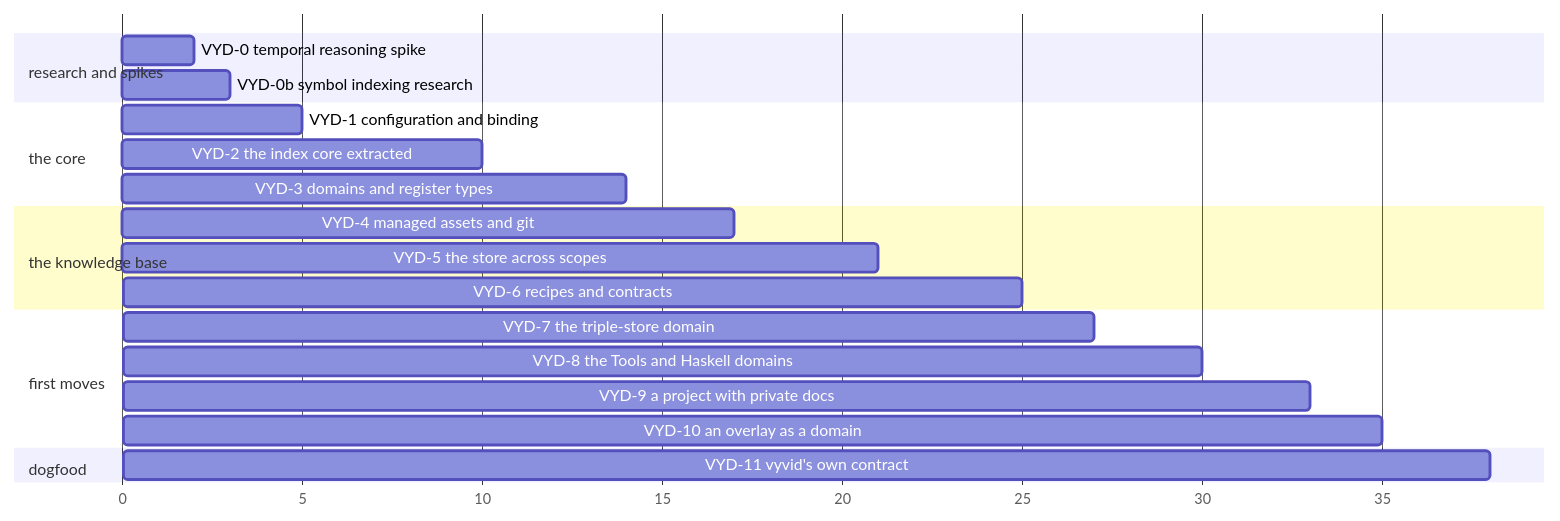
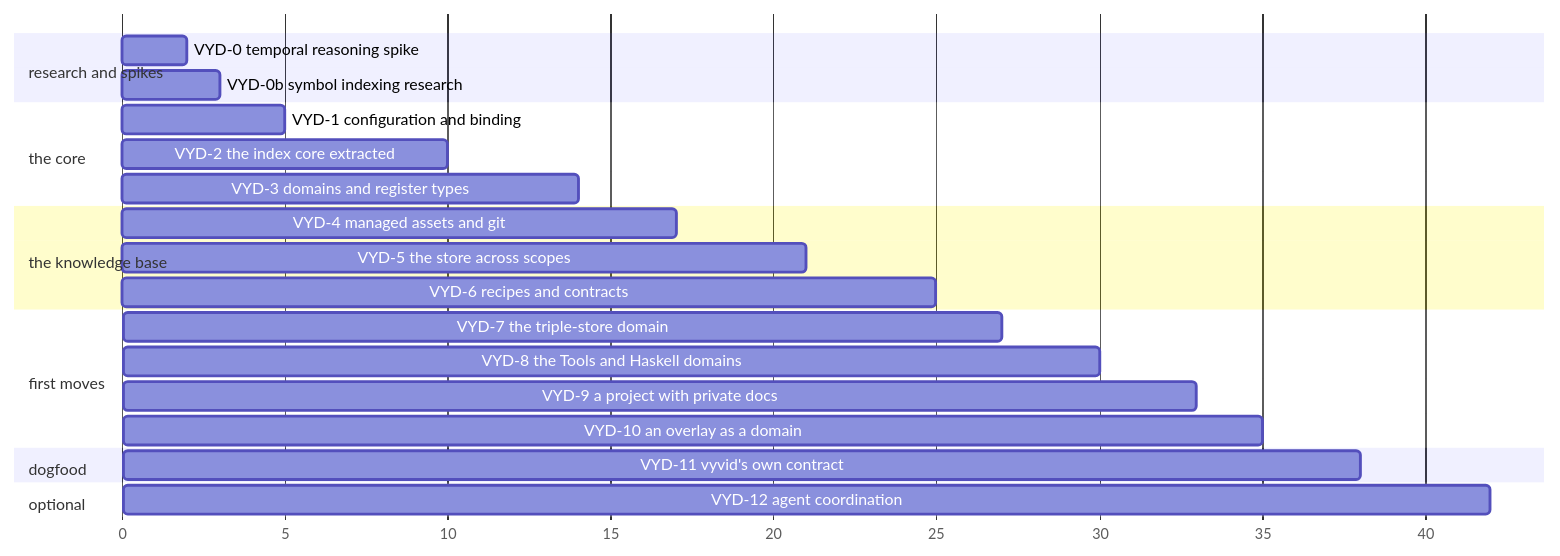
One commit to nebularis/vyvid changed the diagram in docs/developer/plans/vyvid-framework.md. Above: the diagram before and after it, drawn with Mermaid. The commit also changed other lines of this file and 3 other files, not shown here.

First line of the commit message:
Agent coordination answered, and planned last as optional VYD-12

````diff
--- a/docs/developer/plans/vyvid-framework.md
+++ b/docs/developer/plans/vyvid-framework.md
@@ -17,23 +17,25 @@
 ```mermaid
 gantt
   dateFormat X
   axisFormat %s
   section research and spikes
   VYD-0 temporal reasoning spike      :s0, 0, 2
   VYD-0b symbol indexing research     :s0b, 0, 3
   section the core
   VYD-1 configuration and binding     :s1, 2, 5
   VYD-2 the index core extracted      :s2, 5, 10
   VYD-3 domains and register types    :s3, 10, 14
   section the knowledge base
   VYD-4 managed assets and git        :s4, 14, 17
   VYD-5 the store across scopes       :s5, 17, 21
   VYD-6 recipes and contracts         :s6, 21, 25
   section first moves
   VYD-7 the triple-store domain       :s7, 25, 27
   VYD-8 the Tools and Haskell domains :s8, 27, 30
   VYD-9 a project with private docs   :s9, 30, 33
   VYD-10 an overlay as a domain      :s10, 33, 35
   section dogfood
   VYD-11 vyvid's own contract         :s11, 35, 38
+  section optional
+  VYD-12 agent coordination           :s12, 38, 42
 ```
````
